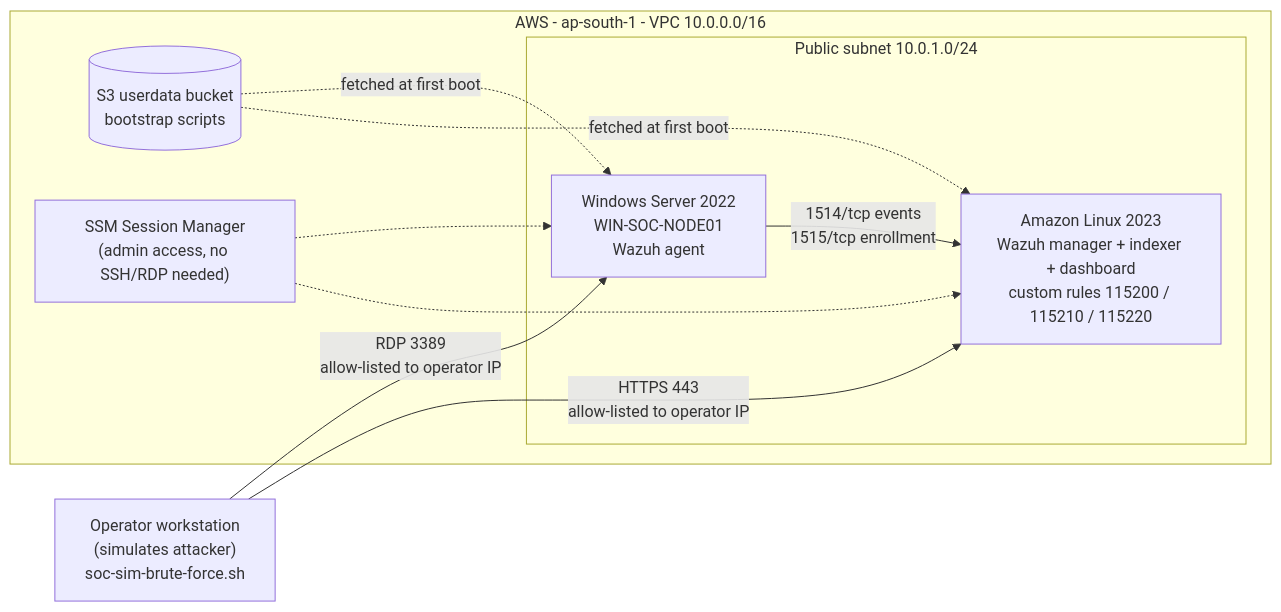
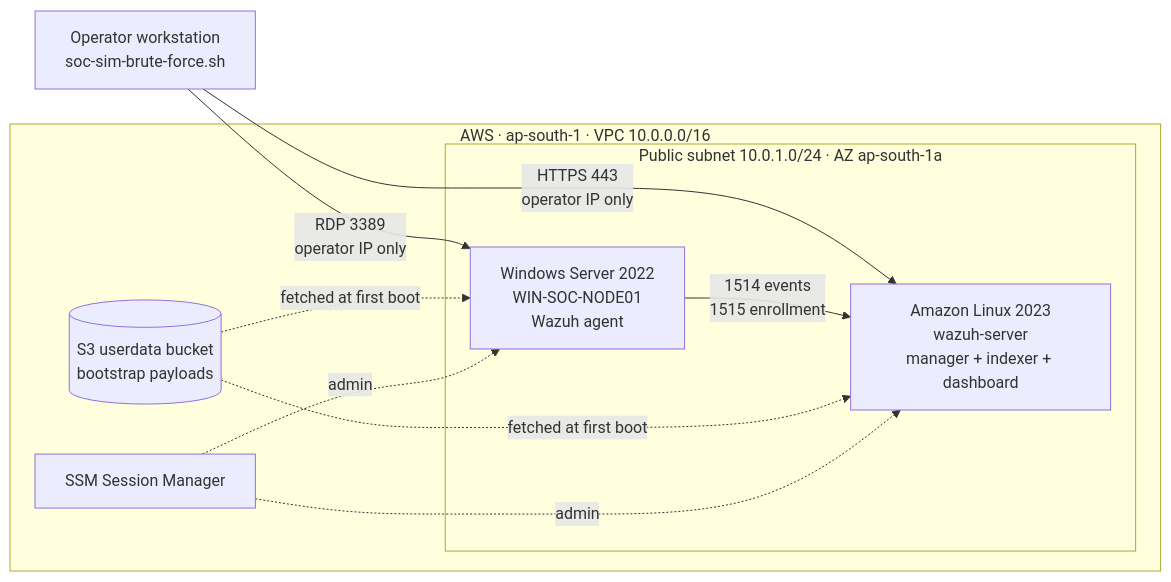
One commit to shaurya-security/sec-wazuh-windows-detection changed the first of 4 diagrams in docs/architecture.md. Above: the diagram before and after it, drawn with Mermaid. The commit also changed other lines of this file and 11 other files, not shown here.

````diff
--- a/docs/architecture.md
+++ b/docs/architecture.md
@@ -7,21 +19,21 @@
 ```mermaid
 flowchart LR
-    OP["Operator workstation<br/>(simulates attacker)<br/>soc-sim-brute-force.sh"]
+    OP["Operator workstation<br/>soc-sim-brute-force.sh"]
 
-    subgraph AWS["AWS - ap-south-1 - VPC 10.0.0.0/16"]
-        subgraph SUBNET["Public subnet 10.0.1.0/24"]
+    subgraph AWS["AWS · ap-south-1 · VPC 10.0.0.0/16"]
+        subgraph SUBNET["Public subnet 10.0.1.0/24 · AZ ap-south-1a"]
             WIN["Windows Server 2022<br/>WIN-SOC-NODE01<br/>Wazuh agent"]
-            WAZ["Amazon Linux 2023<br/>Wazuh manager + indexer + dashboard<br/>custom rules 115200 / 115210 / 115220"]
+            WAZ["Amazon Linux 2023<br/>wazuh-server<br/>manager + indexer + dashboard"]
         end
-        S3[("S3 userdata bucket<br/>bootstrap scripts")]
-        SSM["SSM Session Manager<br/>(admin access, no SSH/RDP needed)"]
+        S3[("S3 userdata bucket<br/>bootstrap payloads")]
+        SSM["SSM Session Manager"]
     end
 
-    OP -- "RDP 3389<br/>allow-listed to operator IP" --> WIN
-    WIN -- "1514/tcp events<br/>1515/tcp enrollment" --> WAZ
-    OP -- "HTTPS 443<br/>allow-listed to operator IP" --> WAZ
+    OP -- "RDP 3389<br/>operator IP only" --> WIN
+    OP -- "HTTPS 443<br/>operator IP only" --> WAZ
+    WIN -- "1514 events<br/>1515 enrollment" --> WAZ
     S3 -. "fetched at first boot" .-> WIN
     S3 -. "fetched at first boot" .-> WAZ
-    SSM -.-> WIN
-    SSM -.-> WAZ
+    SSM -. "admin" .-> WIN
+    SSM -. "admin" .-> WAZ
 ```
````
